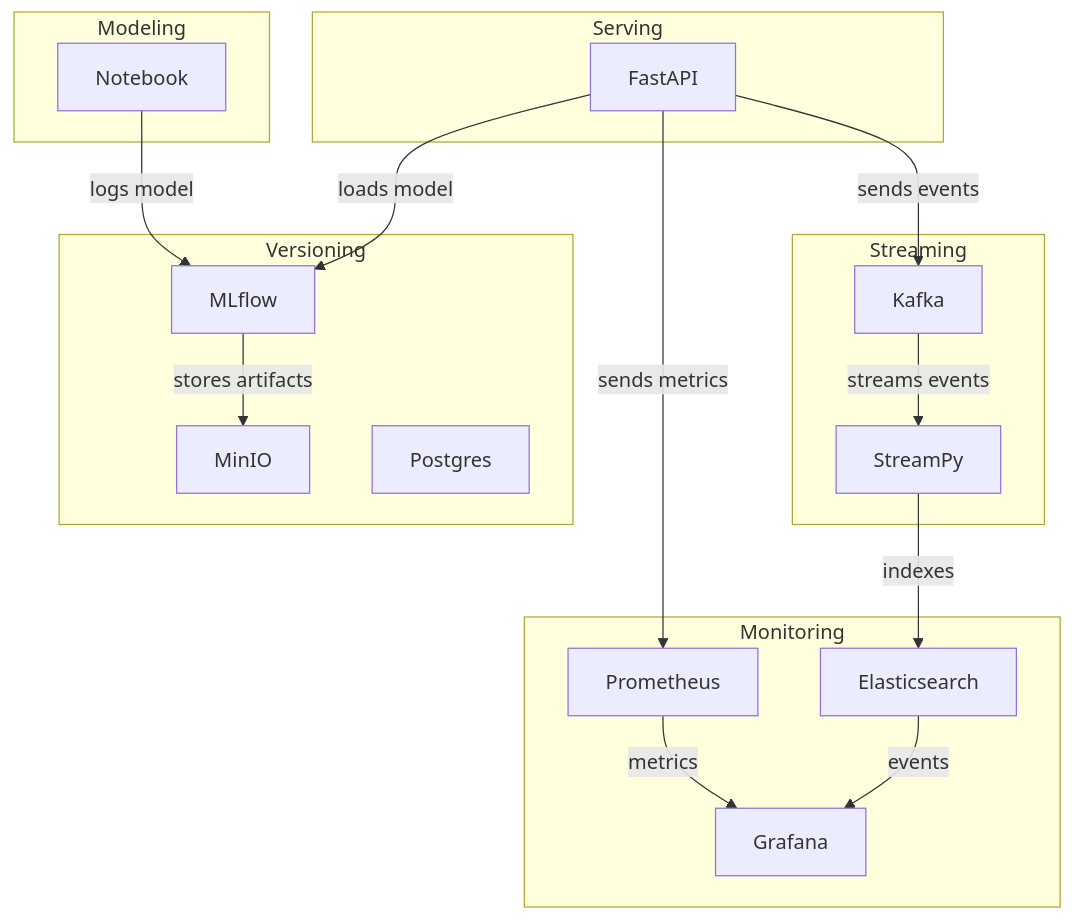
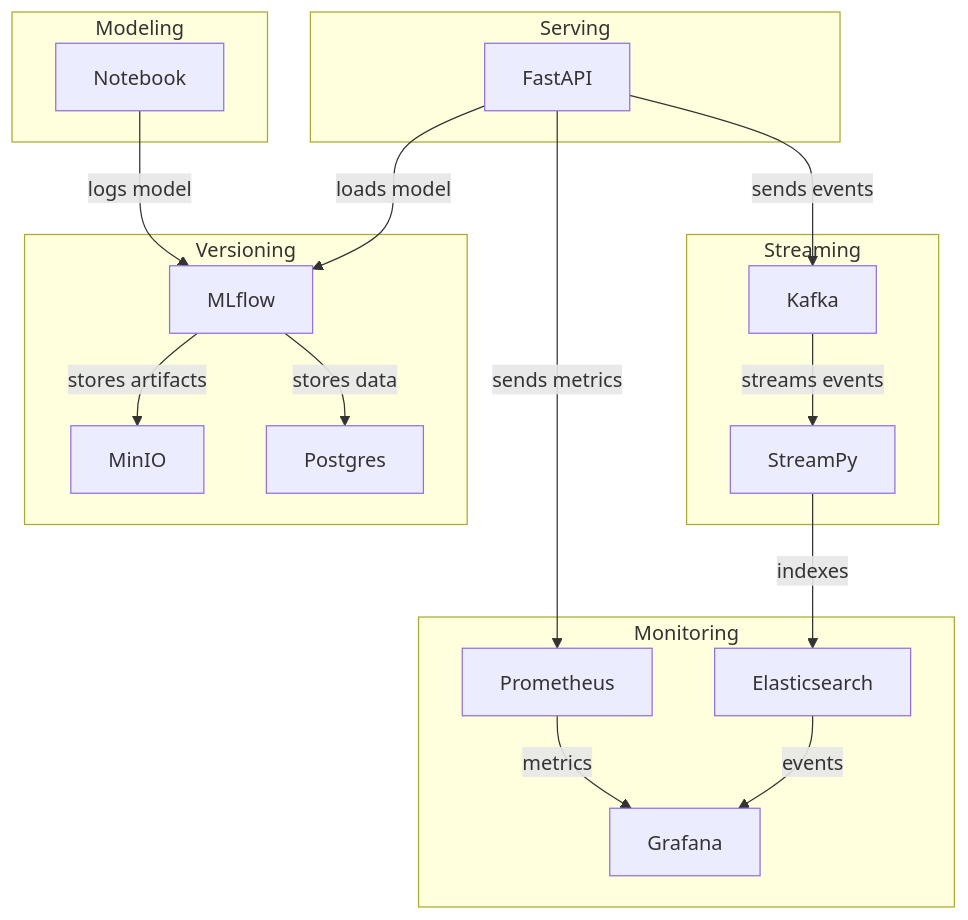
One commit to matheusvt2/model-serving-and-monitoring changed the diagram in README.md. Above: the diagram before and after it, drawn with Mermaid. The commit also changed 3 other files, not shown here.

````diff
--- a/README.md
+++ b/README.md
@@ -27,33 +27,35 @@
 ```mermaid
 graph TD
     subgraph Versioning
         MLflow
         MinIO
         Postgres
     end
     subgraph Modeling
         Notebook
     end
     subgraph Serving
         FastAPI
     end
     subgraph Streaming
         Kafka
         StreamPy
     end
     subgraph Monitoring
         Prometheus
         Grafana
         Elasticsearch
     end
 
+        Postgres
     Notebook-->|logs model|MLflow
     MLflow-->|stores artifacts|MinIO
+    MLflow-->|stores data|Postgres
     FastAPI-->|loads model|MLflow
     FastAPI-->|sends metrics|Prometheus
     FastAPI-->|sends events|Kafka
     Kafka-->|streams events|StreamPy
     StreamPy-->|indexes|Elasticsearch
     Prometheus-->|metrics|Grafana
     Elasticsearch-->|events|Grafana
 ```
````
